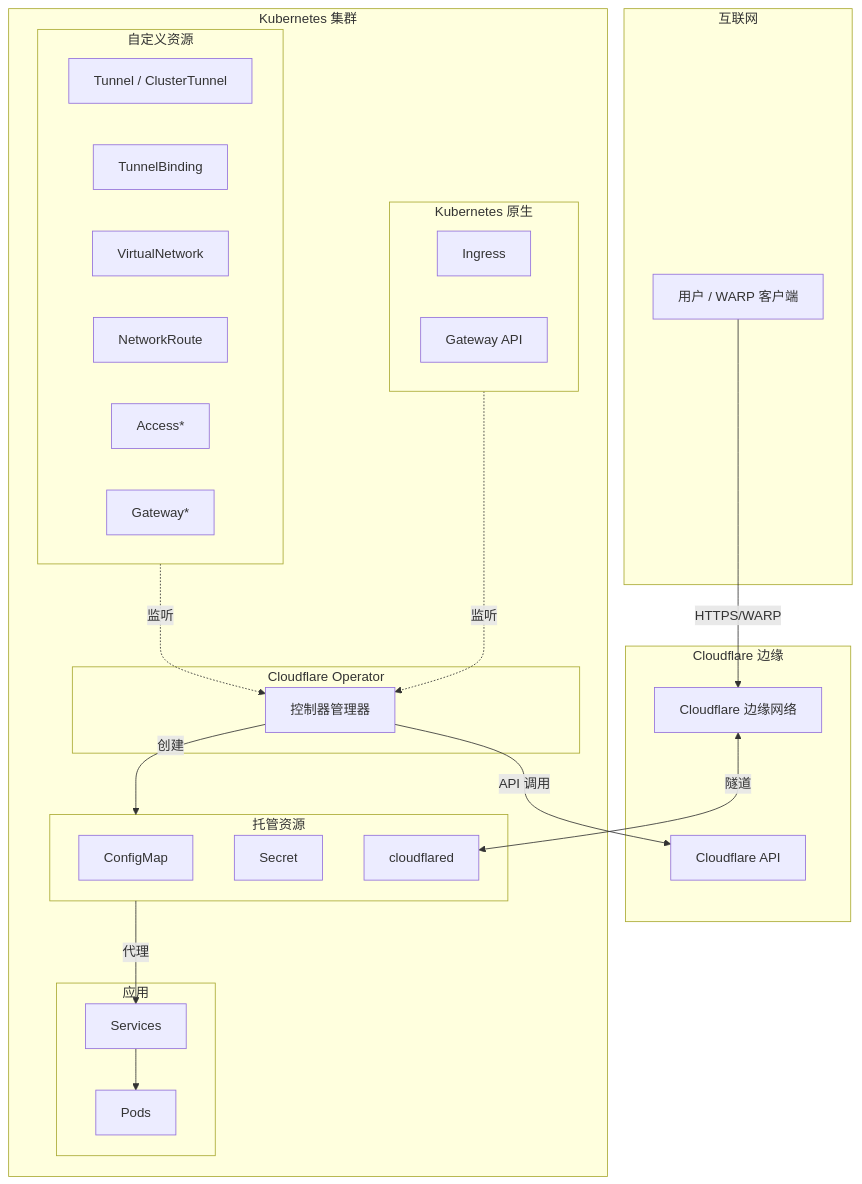
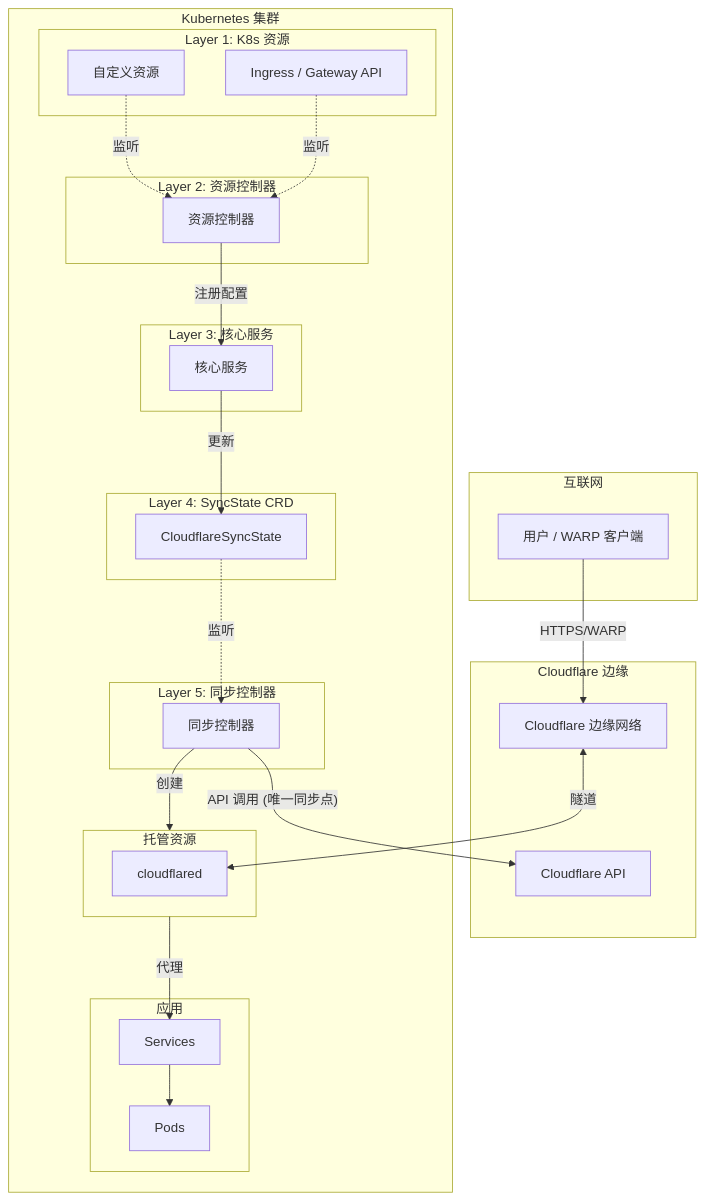
The diagram in docs/zh/README.md (StringKe/cloudflare-operator), drawn with Mermaid before and after one commit. The commit also changed other lines of this file and 88 other files, not shown here.

````diff
--- a/docs/zh/README.md
+++ b/docs/zh/README.md
@@ -30,51 +36,55 @@
 ```mermaid
 flowchart TB
     subgraph Internet["互联网"]
         Users["用户 / WARP 客户端"]
     end
 
     subgraph Cloudflare["Cloudflare 边缘"]
         Edge["Cloudflare 边缘网络"]
         API["Cloudflare API"]
     end
 
     subgraph K8s["Kubernetes 集群"]
-        subgraph CRDs["自定义资源"]
-            Tunnel["Tunnel / ClusterTunnel"]
-            TB["TunnelBinding"]
-            VNet["VirtualNetwork"]
-            Route["NetworkRoute"]
-            Access["Access*"]
-            Gateway["Gateway*"]
+        subgraph Layer1["Layer 1: K8s 资源"]
+            CRDs["自定义资源"]
+            K8sNative["Ingress / Gateway API"]
         end
 
-        subgraph K8sNative["Kubernetes 原生"]
-            Ingress["Ingress"]
-            GatewayAPI["Gateway API"]
+        subgraph Layer2["Layer 2: 资源控制器"]
+            RC["资源控制器"]
         end
 
-        subgraph Operator["Cloudflare Operator"]
-            Controller["控制器管理器"]
+        subgraph Layer3["Layer 3: 核心服务"]
+            SVC["核心服务"]
+        end
+
+        subgraph Layer4["Layer 4: SyncState CRD"]
+            SyncState["CloudflareSyncState"]
+        end
+
+        subgraph Layer5["Layer 5: 同步控制器"]
+            SC["同步控制器"]
         end
 
         subgraph Managed["托管资源"]
-            ConfigMap["ConfigMap"]
-            Secret["Secret"]
             Deployment["cloudflared"]
         end
 
         subgraph App["应用"]
             Service["Services"]
             Pod["Pods"]
         end
     end
 
-    CRDs -.->|监听| Controller
-    K8sNative -.->|监听| Controller
-    Controller -->|创建| Managed
-    Controller -->|API 调用| API
+    CRDs -.->|监听| RC
+    K8sNative -.->|监听| RC
+    RC -->|注册配置| SVC
+    SVC -->|更新| SyncState
+    SyncState -.->|监听| SC
+    SC -->|"API 调用 (唯一同步点)"| API
+    SC -->|创建| Managed
     Managed -->|代理| Service
     Service --> Pod
     Users -->|HTTPS/WARP| Edge
     Edge <-->|隧道| Deployment
 ```
````
